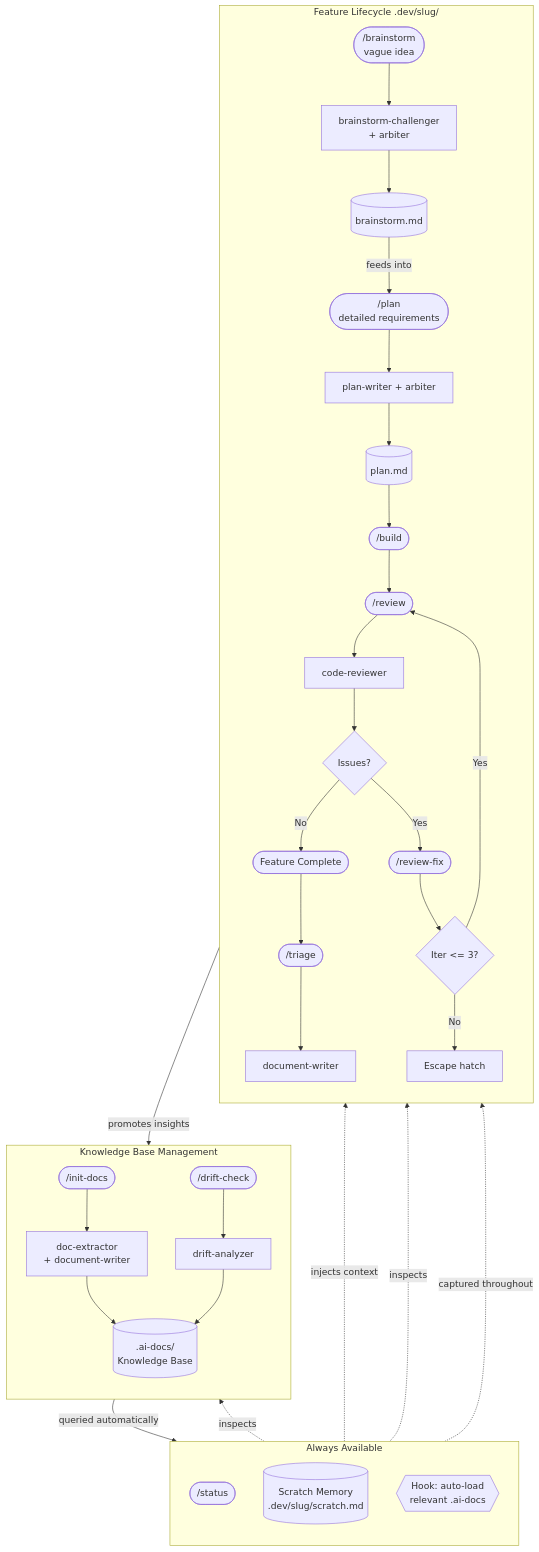
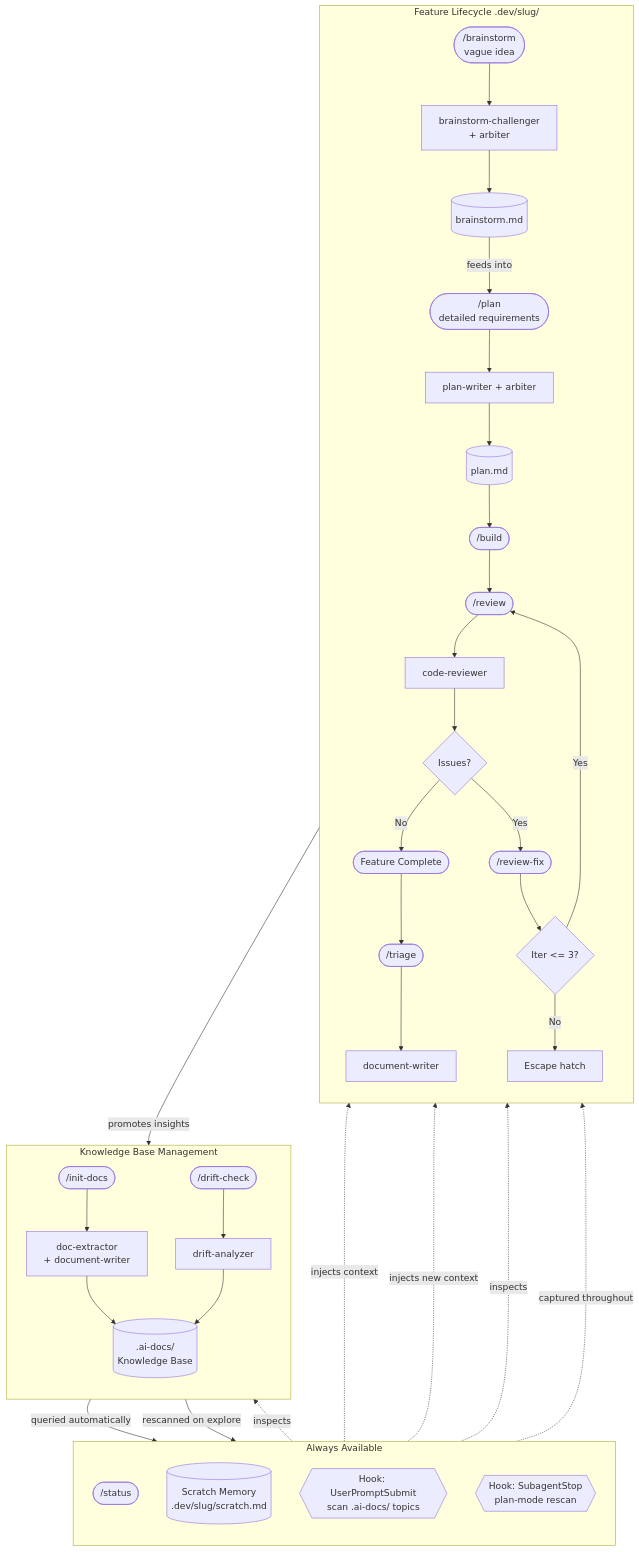
Before and after one commit to BigStretchAlex/loadout: the diagram in docs/flow.md, drawn with Mermaid. The commit also changed 11 other files, not shown here.

````diff
--- a/docs/flow.md
+++ b/docs/flow.md
@@ -1,58 +1,61 @@
 ``` mermaid 
 flowchart TD
     subgraph ALWAYS["Always Available"]
         direction TB
         STATUS(["/status"])
         SCRATCH[("Scratch Memory\n.dev/slug/scratch.md")]
-        HOOK{{"Hook: auto-load\nrelevant .ai-docs"}}
+        HOOK{{"Hook: UserPromptSubmit\nscan .ai-docs/ topics"}}
+        PLAN_HOOK{{"Hook: SubagentStop\nplan-mode rescan"}}
     end
 
     subgraph KB["Knowledge Base Management"]
         direction TB
         INIT(["/init-docs"])
         DRIFT(["/drift-check"])
         AIDOCS[(".ai-docs/\nKnowledge Base")]
         INIT_AG["doc-extractor\n+ document-writer"]
         DRIFT_AG["drift-analyzer"]
         INIT --> INIT_AG --> AIDOCS
         DRIFT --> DRIFT_AG --> AIDOCS
     end
 
     subgraph FL["Feature Lifecycle  .dev/slug/"]
         direction TB
         ENTRY_A(["/brainstorm\nvague idea"])
         ENTRY_B(["/plan\ndetailed requirements"])
         RES_AG["brainstorm-challenger\n+ arbiter"]
         PLAN_AG["plan-writer + arbiter"]
         BRAINSTORM_OUT[("brainstorm.md")]
         PLAN_OUT[("plan.md")]
         BUILD(["/build"])
         REVIEW(["/review"])
         REV_AG["code-reviewer"]
         DECISION{Issues?}
         REVIEW_FIX(["/review-fix"])
         ITER{Iter <= 3?}
         ESCAPE["Escape hatch"]
         COMPLETE(["Feature Complete"])
         TRIAGE(["/triage"])
         TRIAGE_AG["document-writer"]
 
         ENTRY_A --> RES_AG --> BRAINSTORM_OUT
         BRAINSTORM_OUT -->|feeds into| ENTRY_B
         ENTRY_B --> PLAN_AG --> PLAN_OUT
         PLAN_OUT --> BUILD
         BUILD --> REVIEW --> REV_AG --> DECISION
         DECISION -->|No| COMPLETE
         DECISION -->|Yes| REVIEW_FIX --> ITER
         ITER -->|Yes| REVIEW
         ITER -->|No| ESCAPE
         COMPLETE --> TRIAGE --> TRIAGE_AG
     end
 
     AIDOCS -->|queried automatically| HOOK
+    AIDOCS -->|rescanned on explore| PLAN_HOOK
     HOOK -.->|injects context| FL
+    PLAN_HOOK -.->|injects new context| FL
     STATUS -.->|inspects| FL
     STATUS -.->|inspects| KB
     SCRATCH -.->|captured throughout| FL
     TRIAGE_AG -->|promotes insights| AIDOCS
 ```
````
